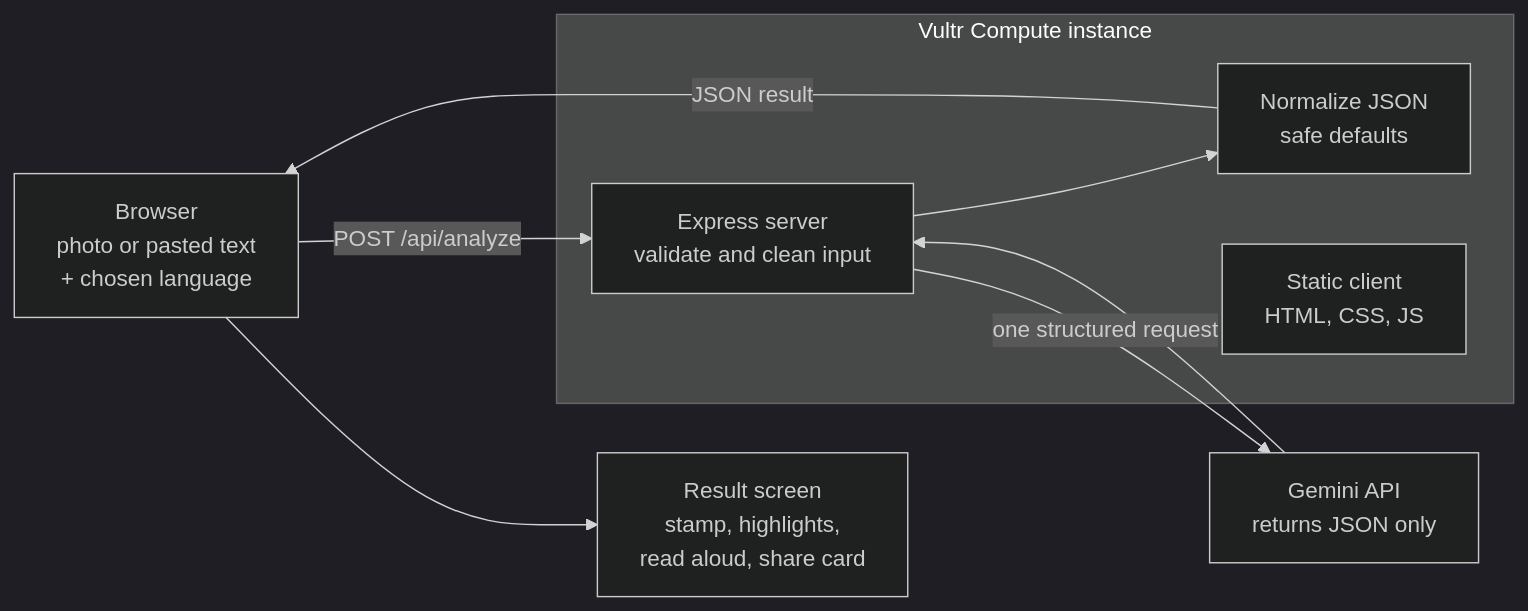
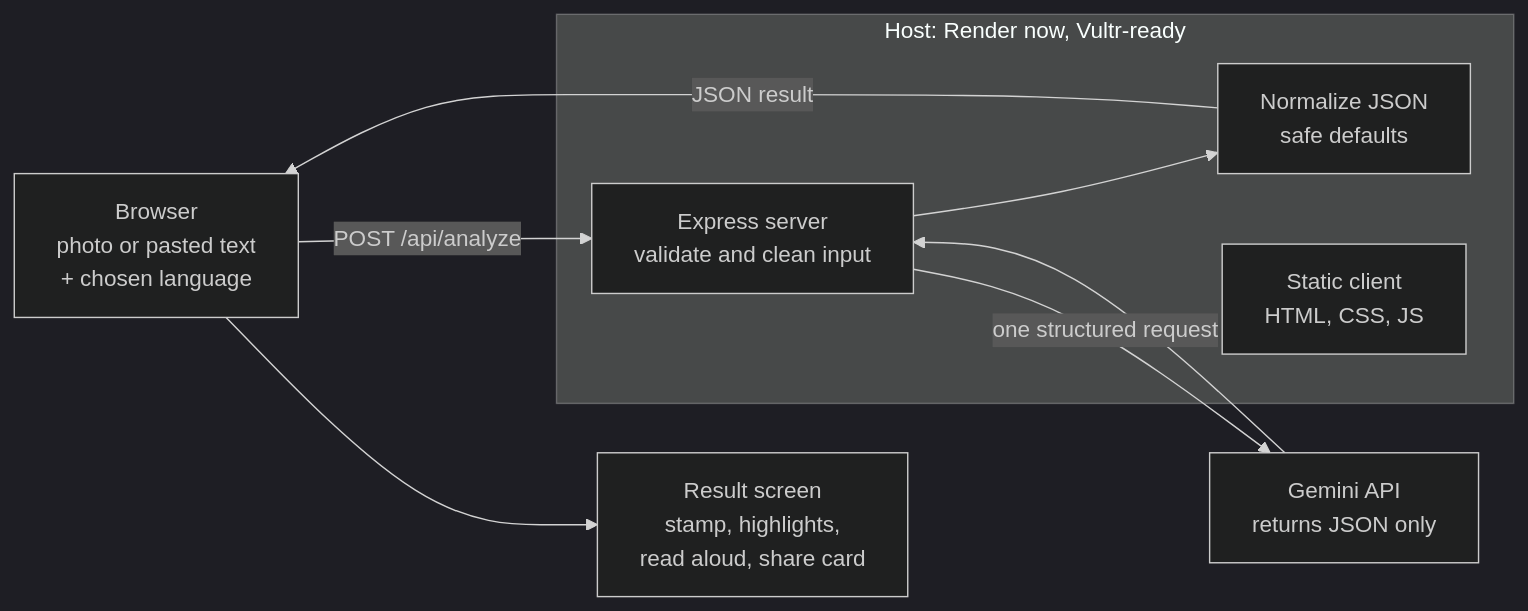
One commit to HighPriest19/plainly-hackglobal changed the diagram in README.md. Above: the diagram before and after it, drawn with Mermaid (dark theme). The commit also changed other lines of this file, not shown here.

````diff
--- a/README.md
+++ b/README.md
@@ -44,14 +45,14 @@
 ```mermaid
 flowchart LR
     U[Browser<br/>photo or pasted text<br/>+ chosen language] -->|POST /api/analyze| S
 
-    subgraph V[Vultr Compute instance]
+    subgraph V[Host: Render now, Vultr-ready]
         S[Express server<br/>validate and clean input] --> M[Normalize JSON<br/>safe defaults]
         ST[Static client<br/>HTML, CSS, JS]
     end
 
     S -->|one structured request| G[Gemini API<br/>returns JSON only]
     G --> S
     M -->|JSON result| U
     U --> R[Result screen<br/>stamp, highlights,<br/>read aloud, share card]
 ```
````
